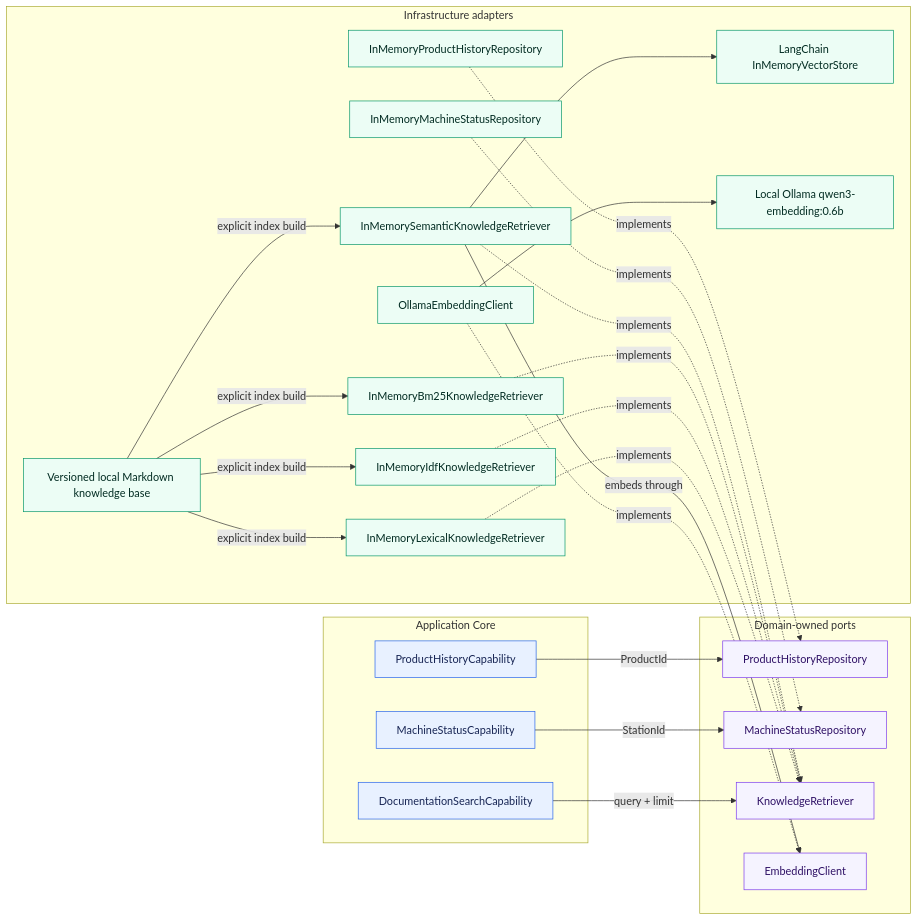
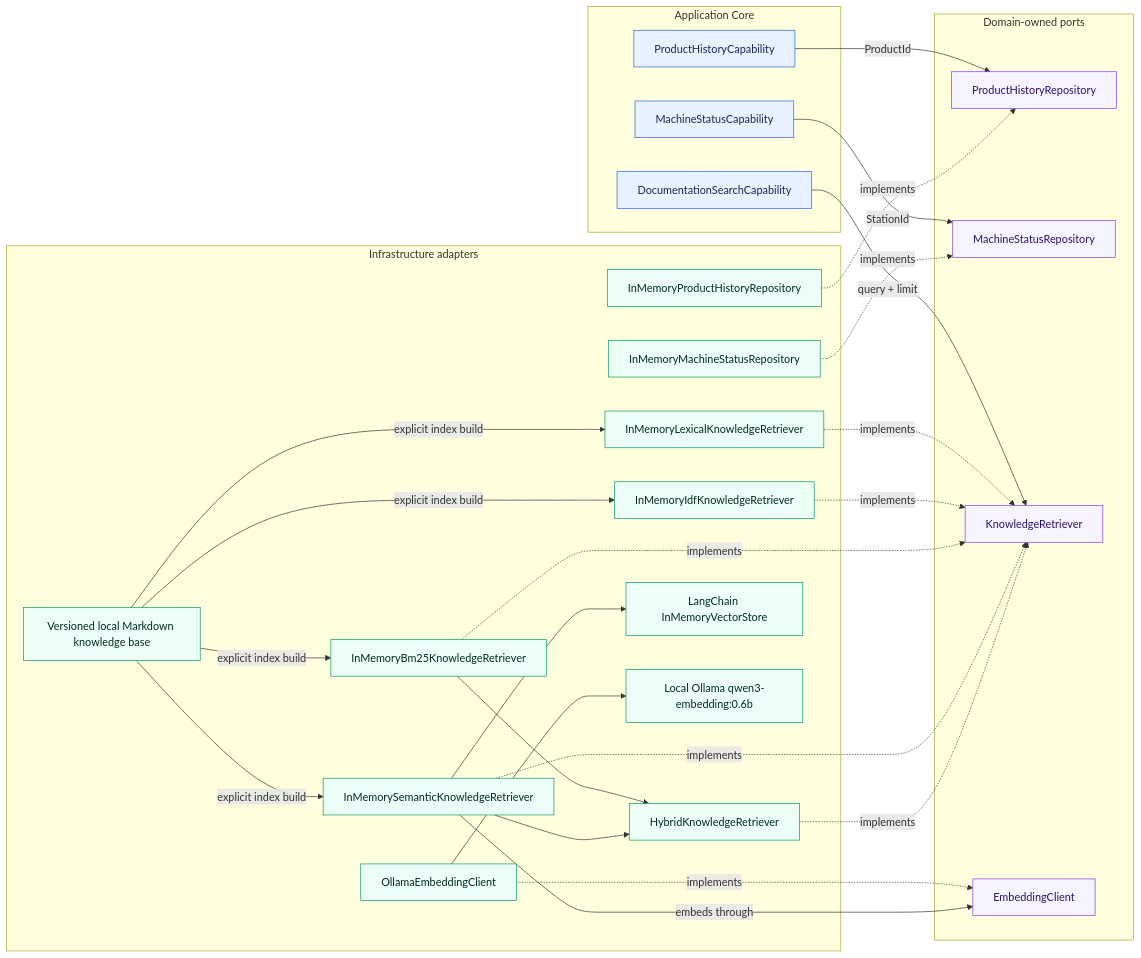
Before and after one commit to aboerzel/industrial-ai-agent: the first of 11 diagrams in docs/architecture/overview.md, drawn with Mermaid. The commit also changed other lines of this file and 8 other files, not shown here.

````diff
--- a/docs/architecture/overview.md
+++ b/docs/architecture/overview.md
@@ -23,53 +23,57 @@
 ```mermaid
 flowchart LR
     subgraph Core["Application Core"]
         PHC["ProductHistoryCapability"]
         MSC["MachineStatusCapability"]
         DSC["DocumentationSearchCapability"]
     end
 
     subgraph Ports["Domain-owned ports"]
         PHR["ProductHistoryRepository"]
         MSR["MachineStatusRepository"]
         KR["KnowledgeRetriever"]
         EP["EmbeddingClient"]
     end
 
     subgraph Infrastructure["Infrastructure adapters"]
         PHM["InMemoryProductHistoryRepository"]
         MSM["InMemoryMachineStatusRepository"]
         LKR["InMemoryLexicalKnowledgeRetriever"]
         IDF["InMemoryIdfKnowledgeRetriever"]
         BM25["InMemoryBm25KnowledgeRetriever"]
         SEM["InMemorySemanticKnowledgeRetriever"]
+        HYB["HybridKnowledgeRetriever"]
         OEC["OllamaEmbeddingClient"]
         VEC["LangChain InMemoryVectorStore"]
         KB["Versioned local Markdown knowledge base"]
         OLLAMA["Local Ollama qwen3-embedding:0.6b"]
     end
 
     PHC -->|"ProductId"| PHR
     MSC -->|"StationId"| MSR
     DSC -->|"query + limit"| KR
     PHM -.->|"implements"| PHR
     MSM -.->|"implements"| MSR
     LKR -.->|"implements"| KR
     IDF -.->|"implements"| KR
     BM25 -.->|"implements"| KR
     SEM -.->|"implements"| KR
+    HYB -.->|"implements"| KR
     OEC -.->|"implements"| EP
     KB -->|"explicit index build"| LKR
     KB -->|"explicit index build"| IDF
     KB -->|"explicit index build"| BM25
     KB -->|"explicit index build"| SEM
+    BM25 --> HYB
+    SEM --> HYB
     SEM -->|"embeds through"| EP
     SEM --> VEC
     OEC --> OLLAMA
 
     classDef core fill:#e8f1ff,stroke:#2563eb,color:#172554
     classDef port fill:#f5f3ff,stroke:#7c3aed,color:#2e1065
     classDef adapter fill:#ecfdf5,stroke:#059669,color:#022c22
     class PHC,MSC,DSC core
     class PHR,MSR,KR,EP port
-    class PHM,MSM,LKR,IDF,BM25,SEM,OEC,VEC,KB,OLLAMA adapter
+    class PHM,MSM,LKR,IDF,BM25,SEM,HYB,OEC,VEC,KB,OLLAMA adapter
 ```
````
